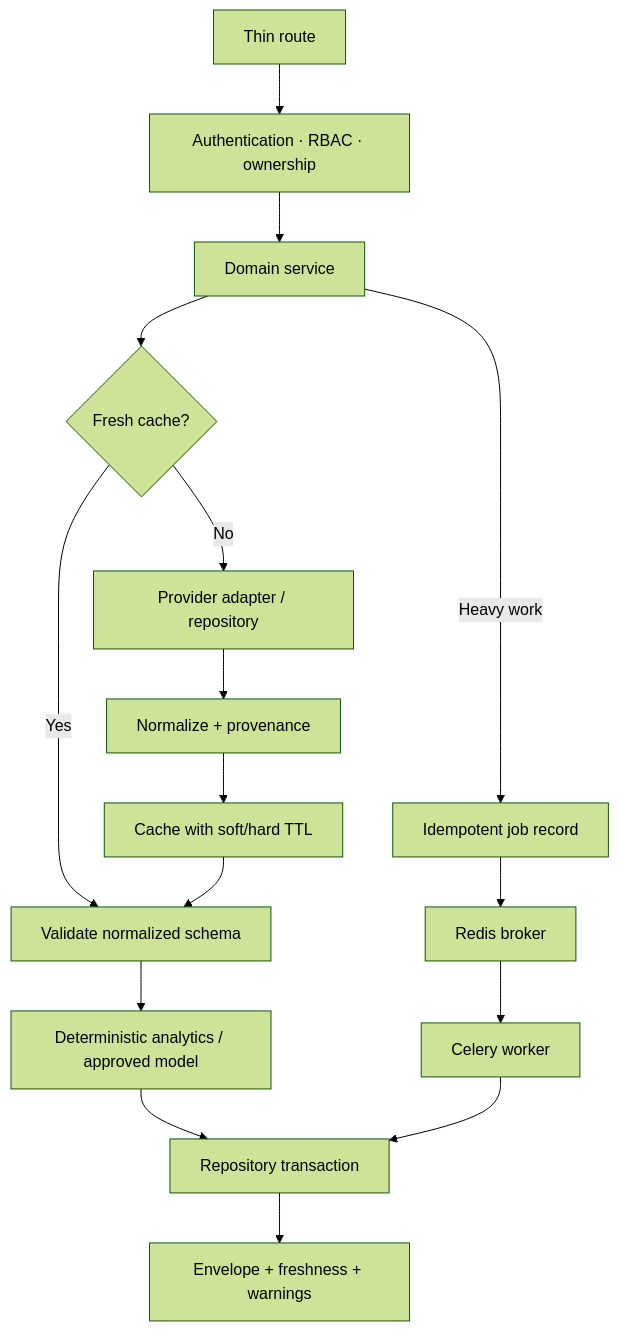
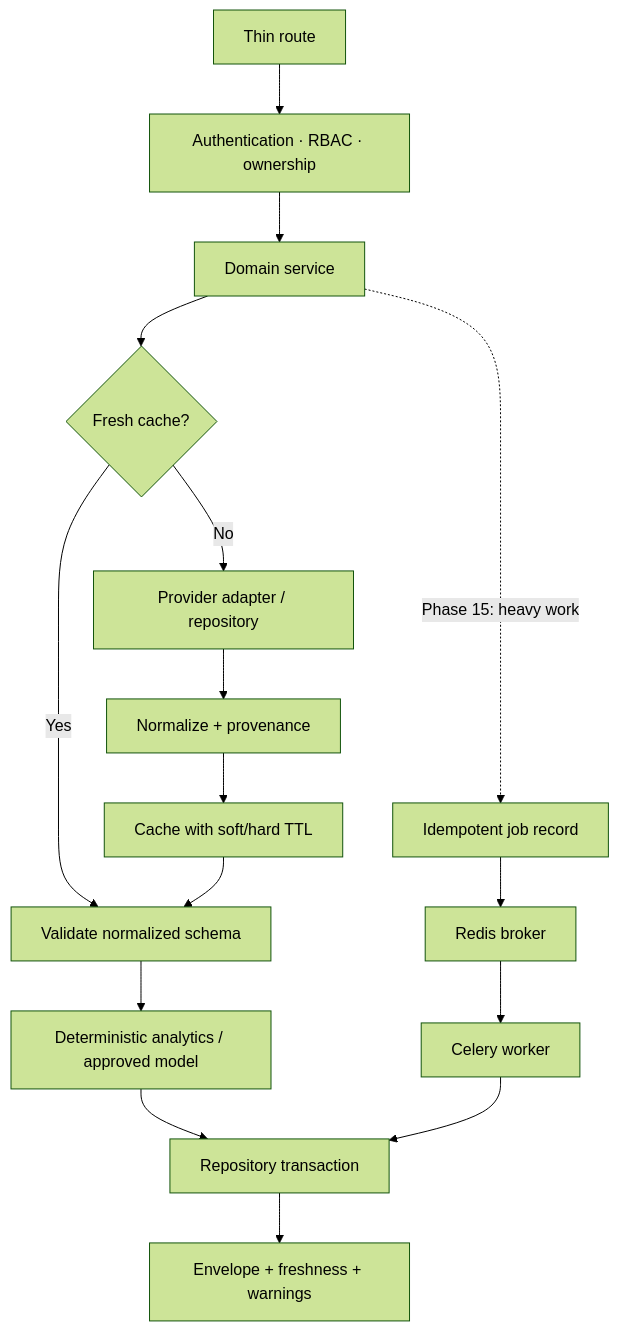
Before and after one commit to moazsarwar2004/ai-investment-research-copilot: the second of 4 diagrams in docs/architecture.md, drawn with Mermaid (forest theme). The commit also changed other lines of this file and 76 other files, not shown here.

````diff
--- a/docs/architecture.md
+++ b/docs/architecture.md
@@ -34,18 +45,18 @@
 ```mermaid
 flowchart TD
     Route["Thin route"] --> Auth["Authentication · RBAC · ownership"]
     Auth --> Service["Domain service"]
     Service --> Cache{"Fresh cache?"}
     Cache -->|Yes| Validate["Validate normalized schema"]
     Cache -->|No| Provider["Provider adapter / repository"]
     Provider --> Normalize["Normalize + provenance"]
     Normalize --> CacheWrite["Cache with soft/hard TTL"]
     CacheWrite --> Validate
     Validate --> Analytics["Deterministic analytics / approved model"]
     Analytics --> Persist["Repository transaction"]
     Persist --> Response["Envelope + freshness + warnings"]
-    Service -->|Heavy work| Job["Idempotent job record"]
+    Service -.->|Phase 15: heavy work| Job["Idempotent job record"]
     Job --> Queue["Redis broker"]
     Queue --> Worker["Celery worker"]
     Worker --> Persist
 ```
````
